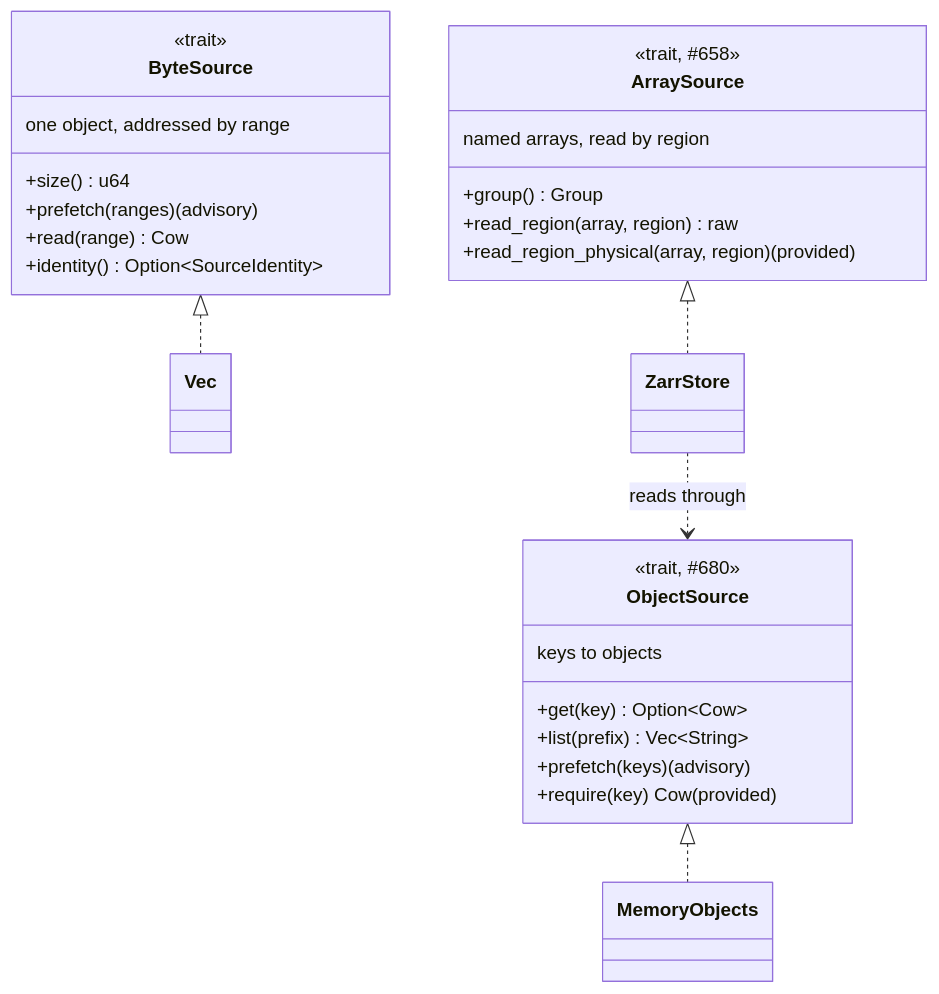
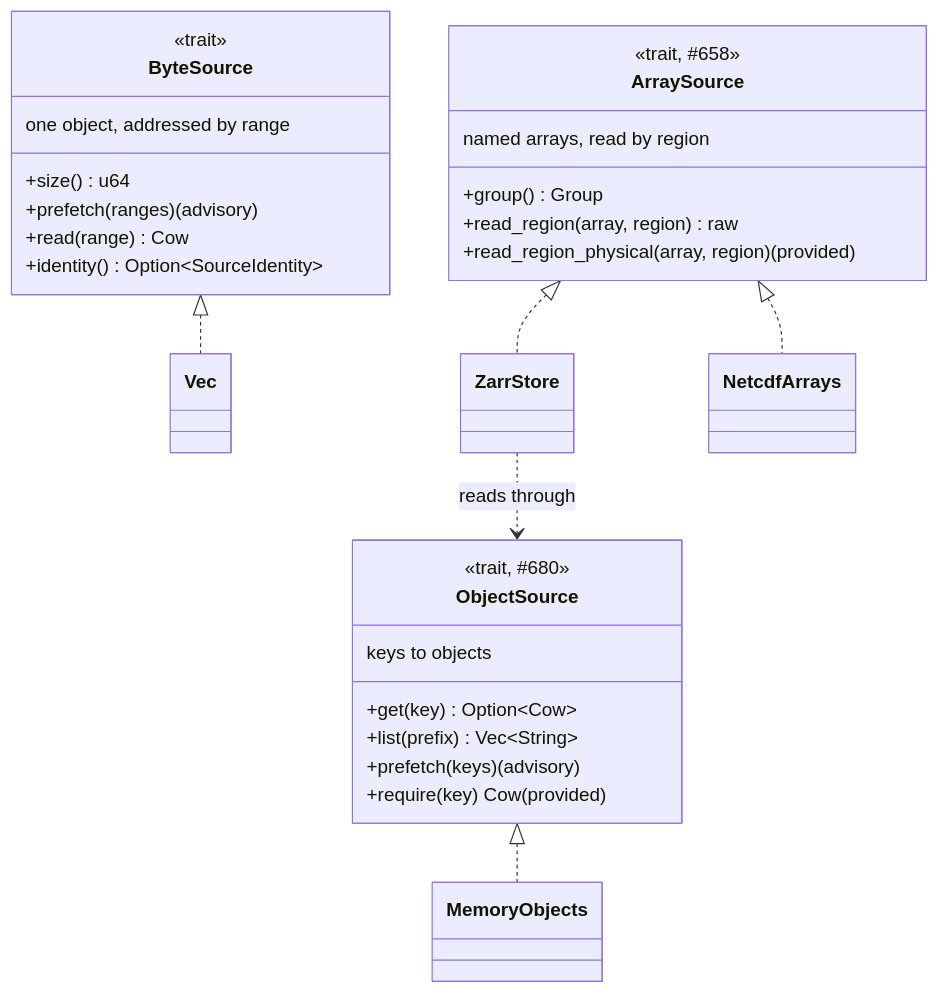
The first of 5 diagrams in docs/architecture/02-trait-seams.md (D0ubleD0uble/fieldglass), drawn with Mermaid before and after one commit. The commit also changed other lines of this file and 32 other files, not shown here.

````diff
--- a/docs/architecture/02-trait-seams.md
+++ b/docs/architecture/02-trait-seams.md
@@ -109,32 +110,33 @@
 ```mermaid
 classDiagram
     class ByteSource {
         <<trait>>
         one object, addressed by range
         +size() u64
         +prefetch(ranges) (advisory)
         +read(range) Cow
         +identity() Option~SourceIdentity~
     }
     class ObjectSource {
         <<trait, #680>>
         keys to objects
         +get(key) Option~Cow~
         +list(prefix) Vec~String~
         +prefetch(keys) (advisory)
         +require(key) Cow (provided)
     }
 
     class ArraySource {
         <<trait, #658>>
         named arrays, read by region
         +group() Group
         +read_region(array, region) raw
         +read_region_physical(array, region) (provided)
     }
 
     ByteSource <|.. Vec
     ObjectSource <|.. MemoryObjects
     ArraySource <|.. ZarrStore
+    ArraySource <|.. NetcdfArrays
     ZarrStore ..> ObjectSource : reads through
 ```
````
